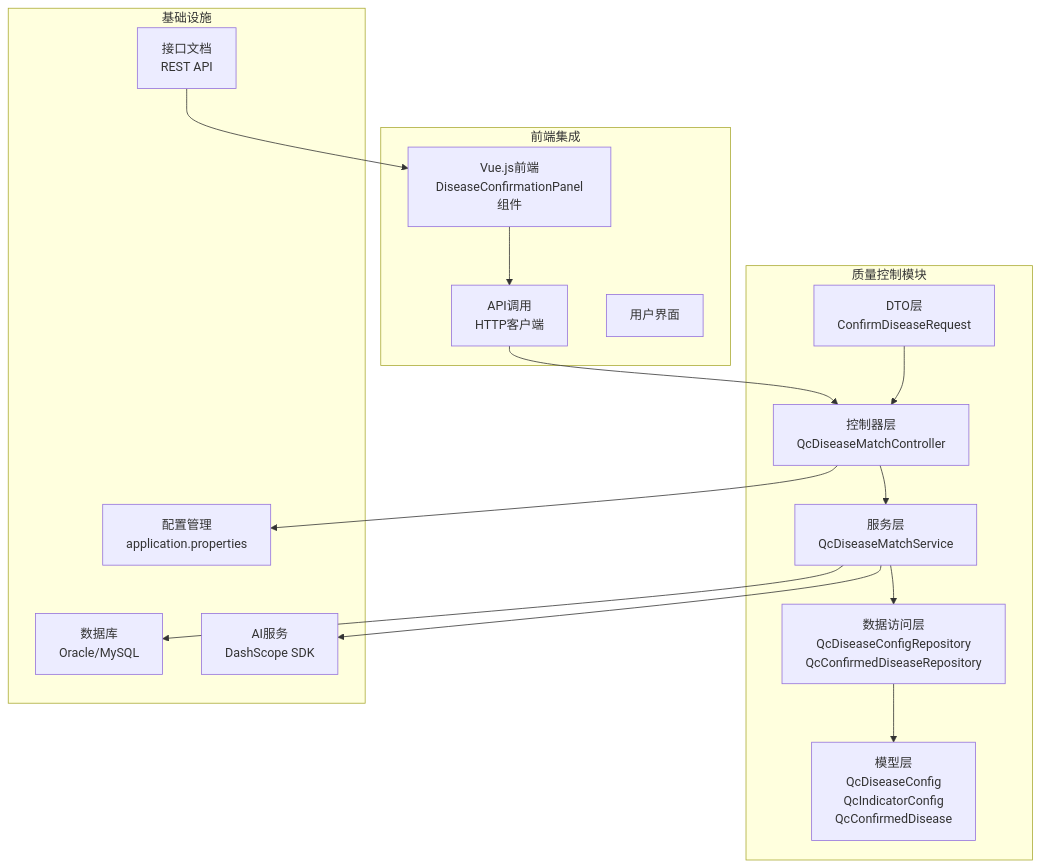
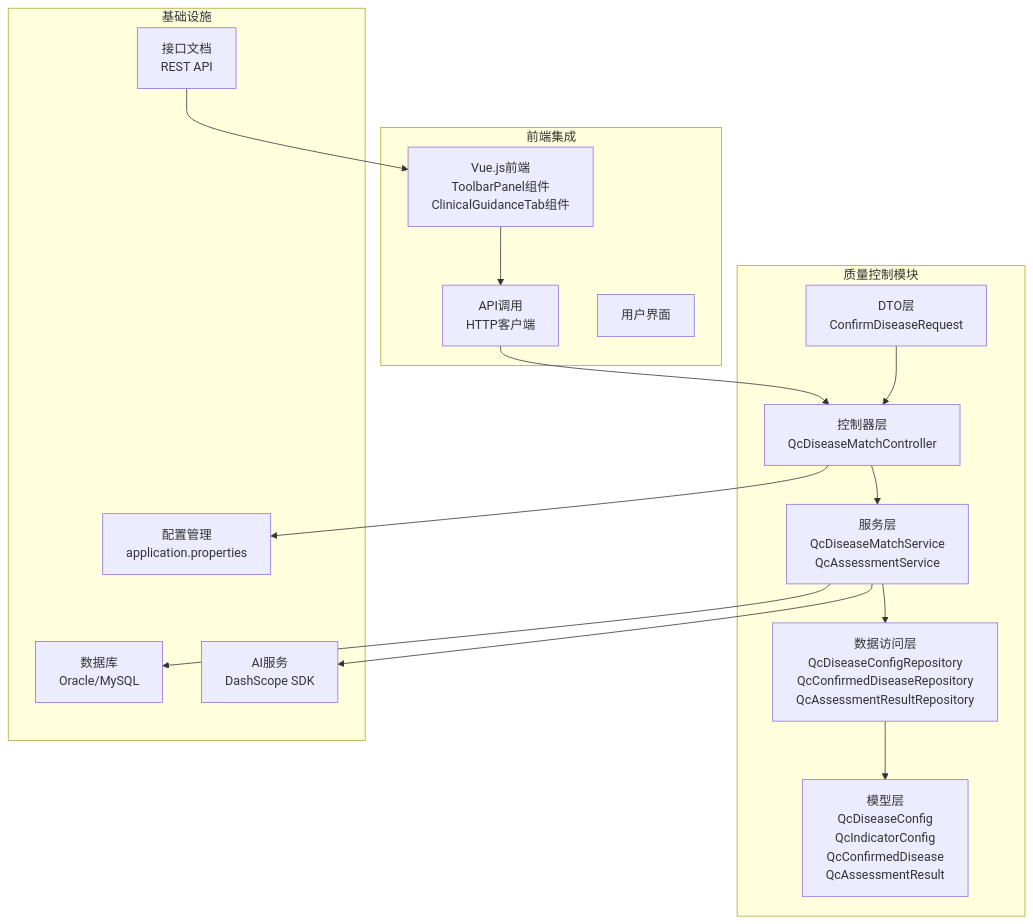
The first of 15 diagrams in .qoder/repowiki/zh/content/核心功能模块/质量控制系统.md (liuzh2008/med_ai_assistant_workspace), drawn with Mermaid before and after one commit. The commit also changed other lines of this file and 5 other files, not shown here.

````diff
--- a/.qoder/repowiki/zh/content/核心功能模块/质量控制系统.md
+++ b/.qoder/repowiki/zh/content/核心功能模块/质量控制系统.md
@@ -54,31 +63,31 @@
 ```mermaid
 graph TB
 subgraph "质量控制模块"
 A[控制器层<br/>QcDiseaseMatchController]
-B[服务层<br/>QcDiseaseMatchService]
-C[数据访问层<br/>QcDiseaseConfigRepository<br/>QcConfirmedDiseaseRepository]
-D[模型层<br/>QcDiseaseConfig<br/>QcIndicatorConfig<br/>QcConfirmedDisease]
+B[服务层<br/>QcDiseaseMatchService<br/>QcAssessmentService]
+C[数据访问层<br/>QcDiseaseConfigRepository<br/>QcConfirmedDiseaseRepository<br/>QcAssessmentResultRepository]
+D[模型层<br/>QcDiseaseConfig<br/>QcIndicatorConfig<br/>QcConfirmedDisease<br/>QcAssessmentResult]
 E[DTO层<br/>ConfirmDiseaseRequest]
 end
 subgraph "基础设施"
 F[数据库<br/>Oracle/MySQL]
 G[AI服务<br/>DashScope SDK]
 H[配置管理<br/>application.properties]
 I[接口文档<br/>REST API]
 end
 subgraph "前端集成"
-J[Vue.js前端<br/>DiseaseConfirmationPanel组件]
+J[Vue.js前端<br/>ToolbarPanel组件<br/>ClinicalGuidanceTab组件]
 K[API调用<br/>HTTP客户端]
 L[用户界面]
 end
 A --> B
 B --> C
 C --> D
 B --> F
 B --> G
 A --> H
 I --> J
 J --> K
 K --> A
 E --> A
 ```
````
